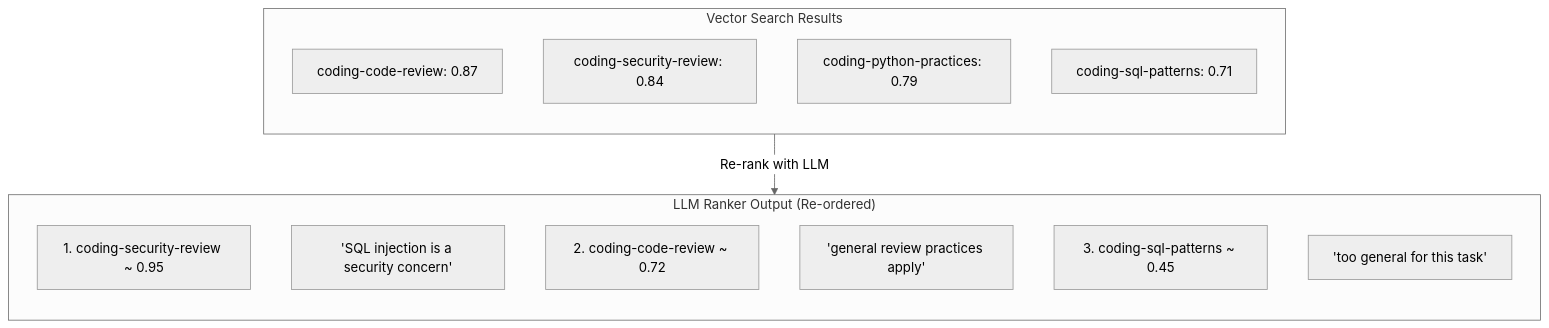
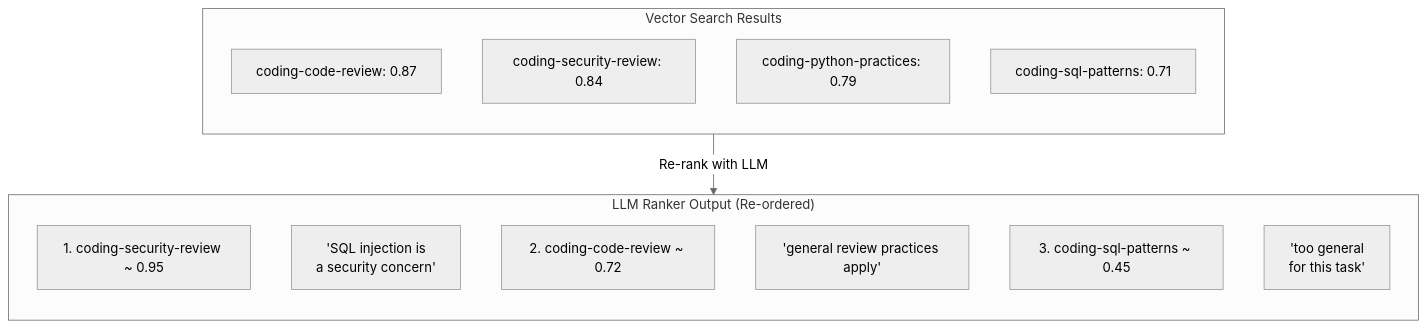
The sixth of 10 diagrams in docs/skill-evolution.md (paulpas/agent-skill-router), drawn with Mermaid before and after one commit. The commit also changed other lines of this file and 7 other files, not shown here.

````diff
--- a/docs/skill-evolution.md
+++ b/docs/skill-evolution.md
@@ -321,26 +321,26 @@
 ```mermaid
 ---
 config:
   theme: neutral
 ---
 flowchart TD
     subgraph Vector["Vector Search Results"]
         direction TB
         V1["coding-code-review: 0.87"]
         V2["coding-security-review: 0.84"]
         V3["coding-python-practices: 0.79"]
         V4["coding-sql-patterns: 0.71"]
     end
 
     Vector -->|"Re-rank with LLM"| ReRank
 
     subgraph ReRank["LLM Ranker Output (Re-ordered)"]
         direction TB
         R1["1. coding-security-review ~ 0.95"]
-        R2["    'SQL injection is a security concern'"]
+        R2["    'SQL injection is<br/>a security concern'"]
         R3["2. coding-code-review ~ 0.72"]
         R4["    'general review practices apply'"]
         R5["3. coding-sql-patterns ~ 0.45"]
-        R6["    'too general for this task'"]
+        R6["    'too general<br/>for this task'"]
     end
 ```
````
